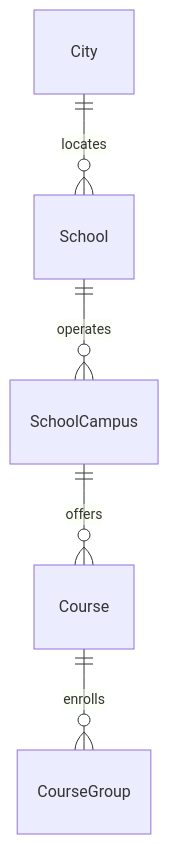
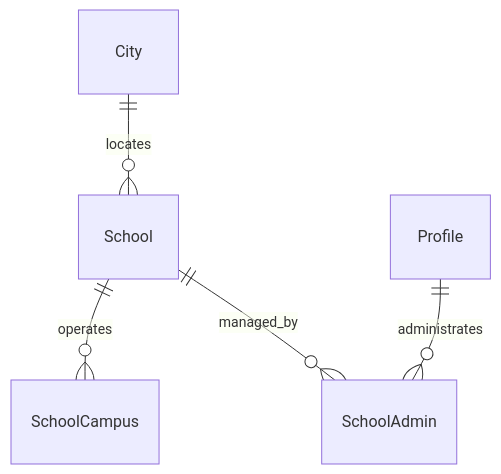
One commit to code-sena/sg-docs changed the diagram in 06-data/domain/school.md. Above: the diagram before and after it, drawn with Mermaid. The commit also changed other lines of this file and 31 other files, not shown here.

First line of the commit message:
docs(data): align with backend code, drop audit/exceptional/Course, add SchoolAdmin

````diff
--- a/06-data/domain/school.md
+++ b/06-data/domain/school.md
@@ -159,7 +155,7 @@
 ```mermaid
 erDiagram
 	City ||--o{ School : locates
 	School ||--o{ SchoolCampus : operates
-	SchoolCampus ||--o{ Course : offers
-	Course ||--o{ CourseGroup : enrolls
+	School ||--o{ SchoolAdmin : managed_by
+	Profile ||--o{ SchoolAdmin : administrates
 ```
````
